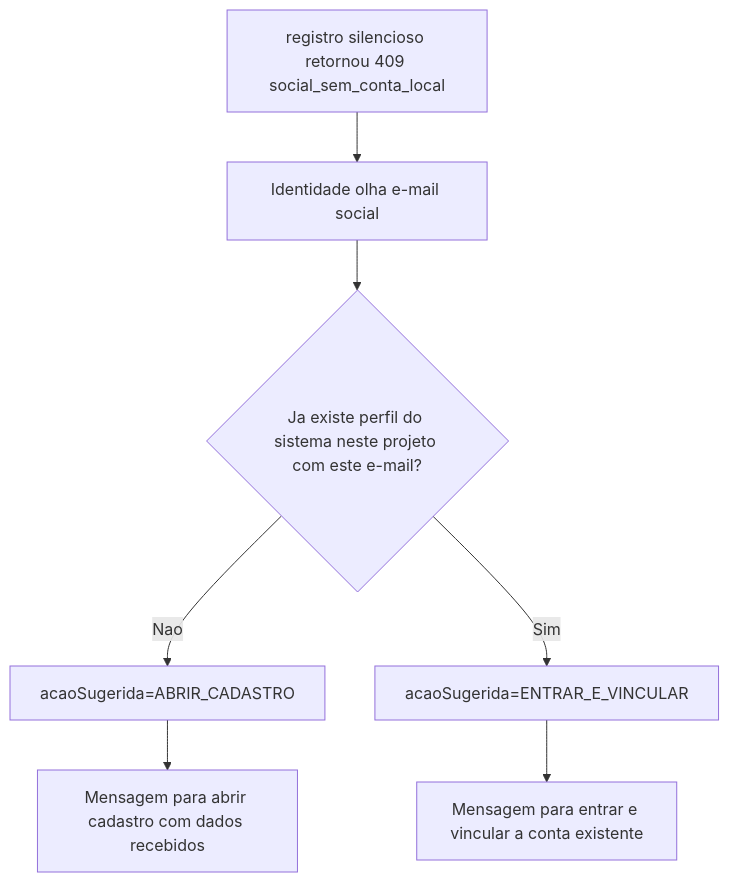
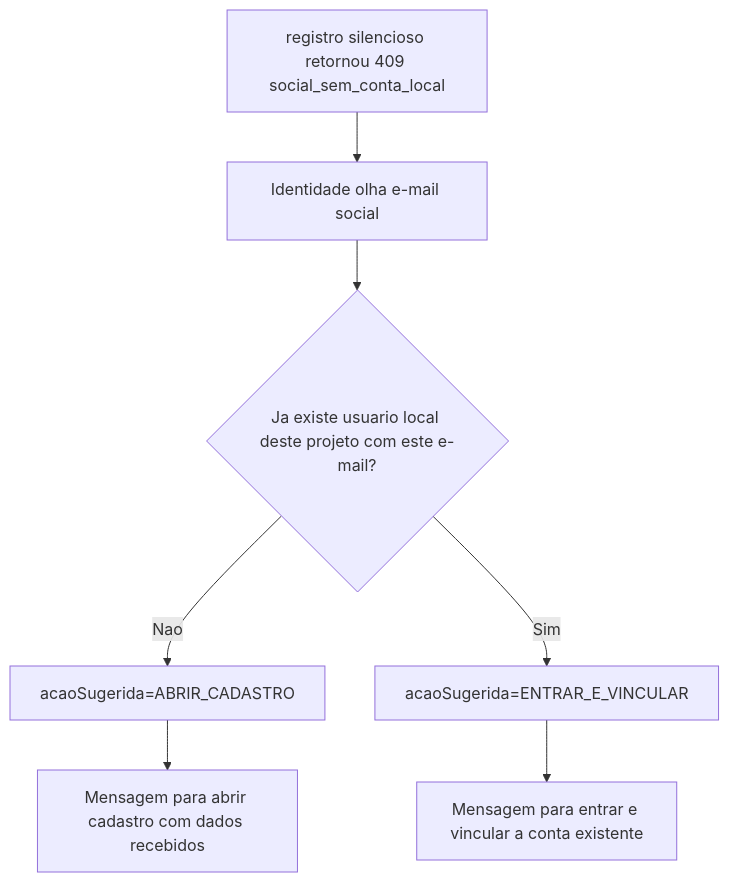
Before and after one commit to pedrosotc/eickrono_autenticacao: the ninth of 11 diagrams in documentacao/guia_fluxos_login_autenticacao_app.md, drawn with Mermaid. The commit also changed other lines of this file and 7 other files, not shown here.

````diff
--- a/documentacao/guia_fluxos_login_autenticacao_app.md
+++ b/documentacao/guia_fluxos_login_autenticacao_app.md
@@ -1129,9 +1129,9 @@
 ```mermaid
 flowchart TD
     A[registro silencioso retornou 409 social_sem_conta_local] --> B[Identidade olha e-mail social]
-    B --> C{Ja existe perfil do sistema neste projeto com este e-mail?}
+    B --> C{Ja existe usuario local deste projeto com este e-mail?}
     C -- Nao --> D[acaoSugerida=ABRIR_CADASTRO]
     C -- Sim --> E[acaoSugerida=ENTRAR_E_VINCULAR]
     D --> F[Mensagem para abrir cadastro com dados recebidos]
     E --> G[Mensagem para entrar e vincular a conta existente]
 ```
````
